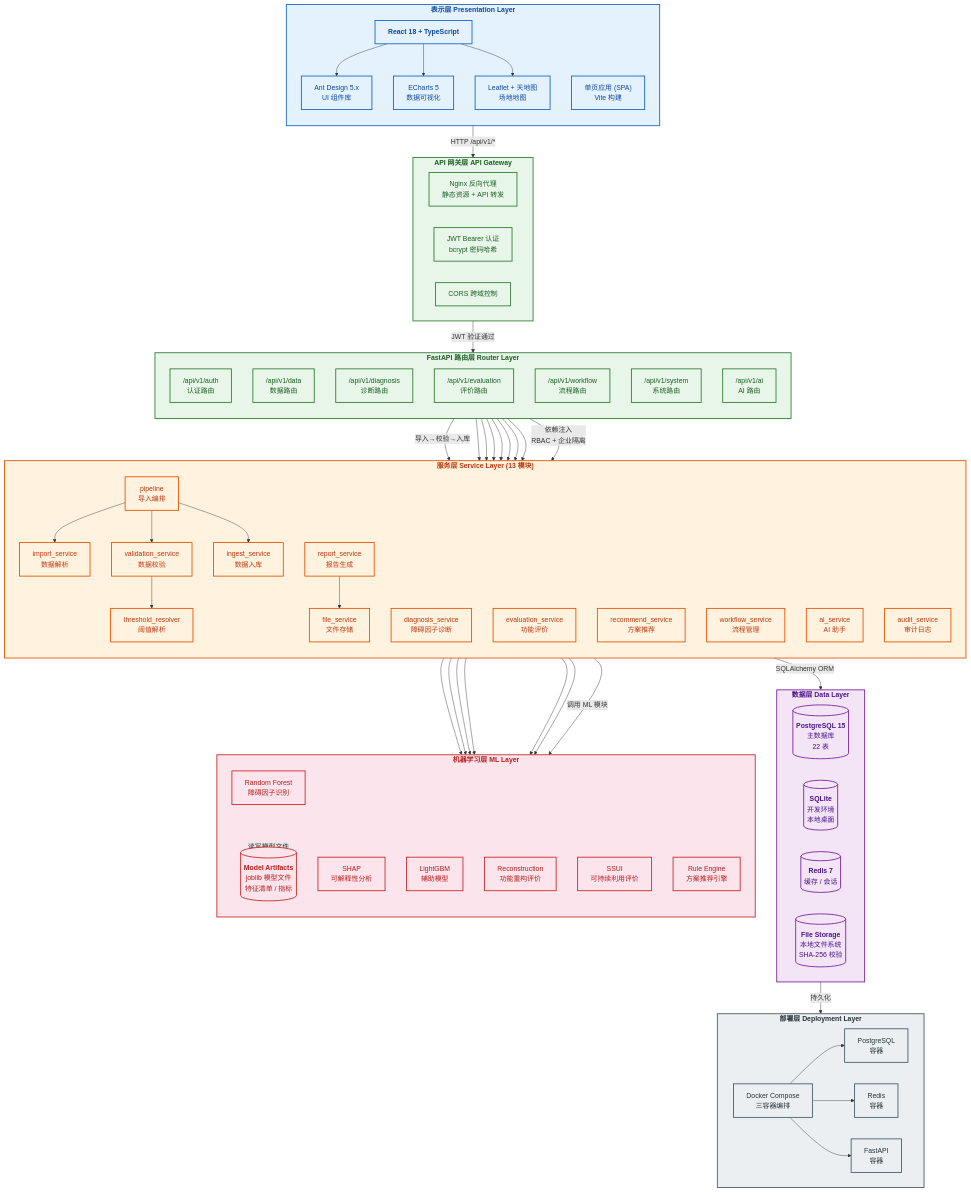
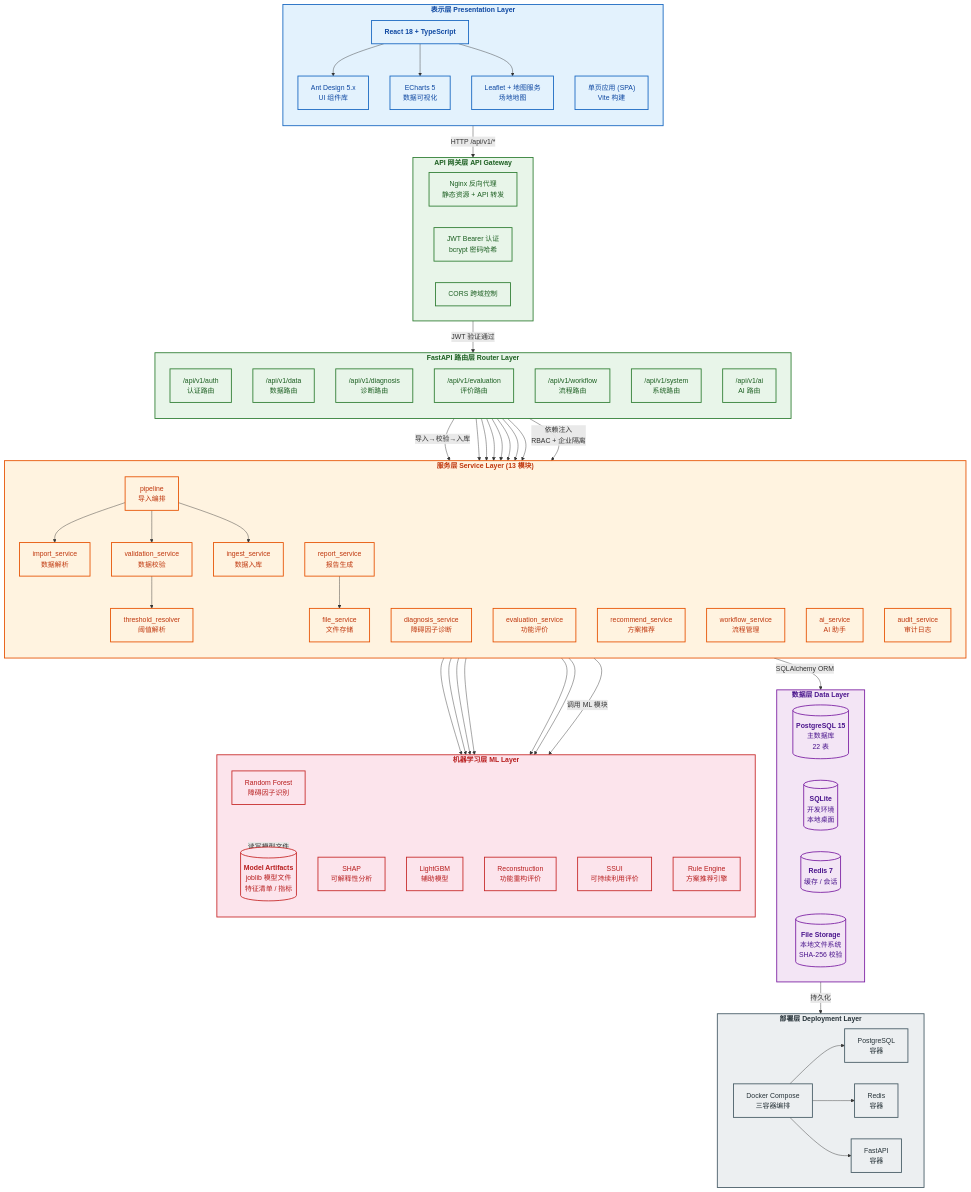
The diagram in docs/architecture/系统架构图.md (lensis22414017/SRS), drawn with Mermaid before and after one commit. The commit also changed 266 other files, not shown here.

```diff
--- a/docs/architecture/系统架构图.md
+++ b/docs/architecture/系统架构图.md
@@ -18,7 +18,7 @@
         REACT["<b>React 18 + TypeScript</b>"]
         ANTD["Ant Design 5.x<br/>UI 组件库"]
         ECHARTS["ECharts 5<br/>数据可视化"]
-        LEAFLET["Leaflet + 天地图<br/>场地地图"]
+        LEAFLET["Leaflet + 地图服务<br/>场地地图"]
         SPA["单页应用 (SPA)<br/>Vite 构建"]
         REACT --> ANTD
         REACT --> ECHARTS
```
